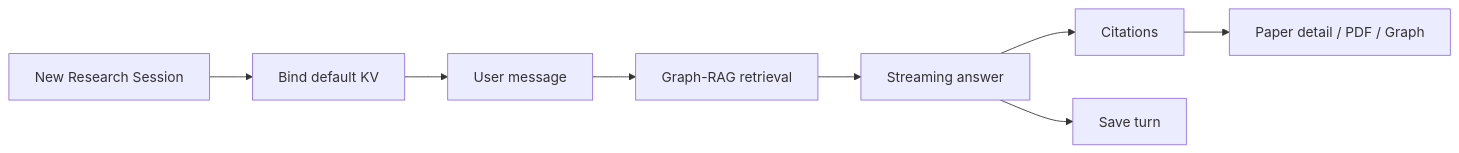
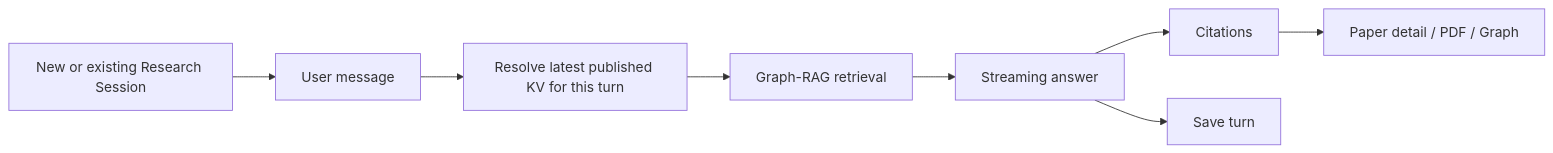
Before and after one commit to haoyanzhen/ResearchPaperBase: the first of 2 diagrams in docs/design/03-03_ui_research_review_appendix.md, drawn with Mermaid. The commit also changed other lines of this file and 172 other files, not shown here.

````diff
--- a/docs/design/03-03_ui_research_review_appendix.md
+++ b/docs/design/03-03_ui_research_review_appendix.md
@@ -184,10 +184,10 @@
 ```mermaid
 flowchart LR
-  A["New Research Session"] --> B["Bind default KV"]
-  B --> C["User message"]
-  C --> D["Graph-RAG retrieval"]
+  A["New or existing Research Session"] --> C["User message"]
+  C --> B["Resolve latest published KV for this turn"]
+  B --> D["Graph-RAG retrieval"]
   D --> E["Streaming answer"]
   E --> F["Citations"]
   F --> G["Paper detail / PDF / Graph"]
   E --> H["Save turn"]
 ```
````
